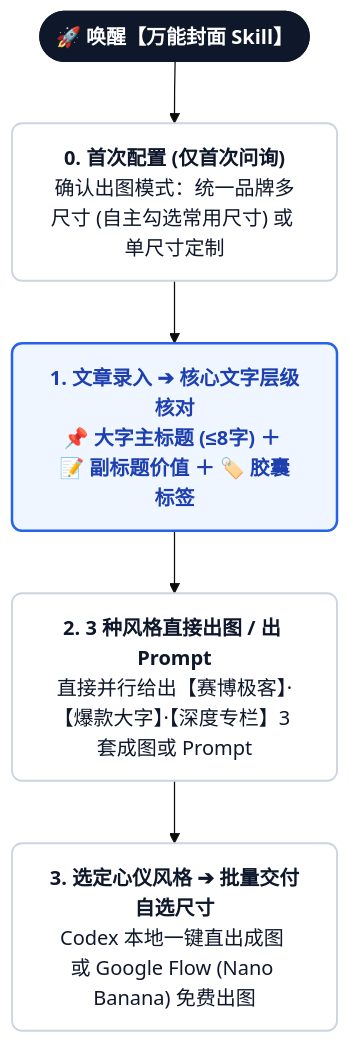
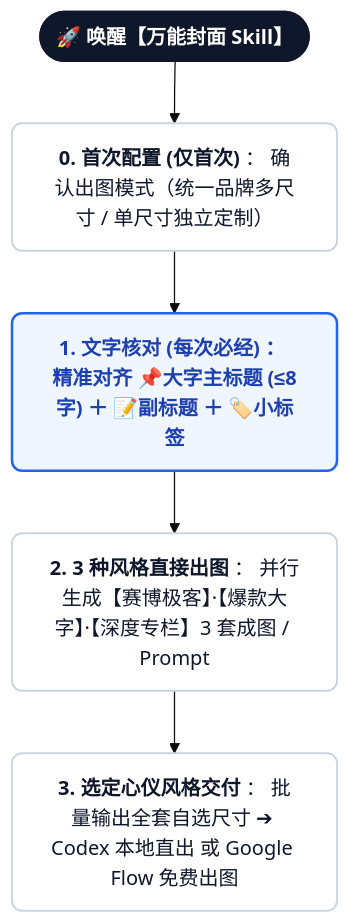
One commit to kaomei/cover-studio changed the first of 2 diagrams in README.zh-CN.md. Above: the diagram before and after it, drawn with Mermaid (base theme). The commit also changed 7 other files, not shown here.

Commit message:
style(docs): format workflow diagram into ultra-clean, wide single-line horizontal cards without awkward character wrapping

````diff
--- a/README.zh-CN.md
+++ b/README.zh-CN.md
@@ -60,13 +60,13 @@
 ```mermaid
 flowchart TD
     classDef default fill:#ffffff,stroke:#e2e8f0,stroke-width:1.5px,color:#1e293b,rx:8px,ry:8px;
     classDef startNode fill:#0f172a,stroke:#0f172a,stroke-width:2px,color:#ffffff,font-weight:bold,rx:20px,ry:20px;
     classDef stepNode fill:#ffffff,stroke:#cbd5e1,stroke-width:1.5px,color:#0f172a,rx:8px,ry:8px;
     classDef highlightNode fill:#eff6ff,stroke:#2563eb,stroke-width:2px,color:#1e40af,font-weight:bold,rx:8px,ry:8px;
 
     A0(["🚀 唤醒【万能封面 Skill】"]):::startNode
-    --> A1["<b>0. 首次配置 (仅首次问询)</b><br/>确认出图模式：统一品牌多尺寸 (自主勾选常用尺寸) 或 单尺寸定制"]:::stepNode
-    --> A2["<b>1. 文章录入 ➔ 核心文字层级核对</b><br/>📌 大字主标题 (≤8字) ＋ 📝 副标题价值 ＋ 🏷️ 胶囊标签"]:::highlightNode
-    --> A3["<b>2. 3 种风格直接出图 / 出 Prompt</b><br/>直接并行给出【赛博极客】·【爆款大字】·【深度专栏】3 套成图或 Prompt"]:::stepNode
-    --> A4["<b>3. 选定心仪风格 ➔ 批量交付自选尺寸</b><br/>Codex 本地一键直出成图 或 Google Flow (Nano Banana) 免费出图"]:::stepNode
+    --> A1["<b>0. 首次配置 (仅首次)</b> ： 确认出图模式（统一品牌多尺寸 / 单尺寸独立定制）"]:::stepNode
+    --> A2["<b>1. 文字核对 (每次必经)</b> ： 精准对齐 📌大字主标题 (≤8字) ＋ 📝副标题 ＋ 🏷️小标签"]:::highlightNode
+    --> A3["<b>2. 3 种风格直接出图</b> ： 并行生成【赛博极客】·【爆款大字】·【深度专栏】3 套成图 / Prompt"]:::stepNode
+    --> A4["<b>3. 选定心仪风格交付</b> ： 批量输出全套自选尺寸 ➔ Codex 本地直出 或 Google Flow 免费出图"]:::stepNode
 ```
````
